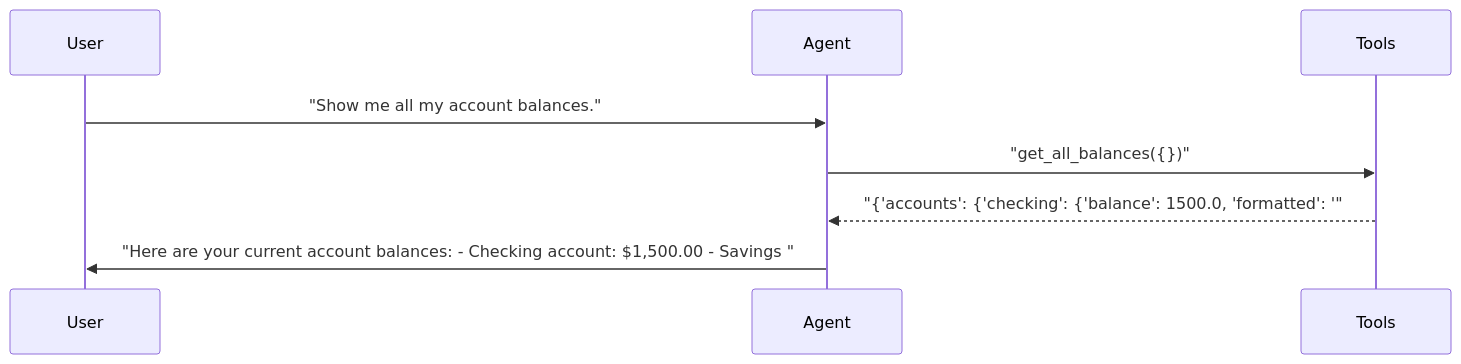
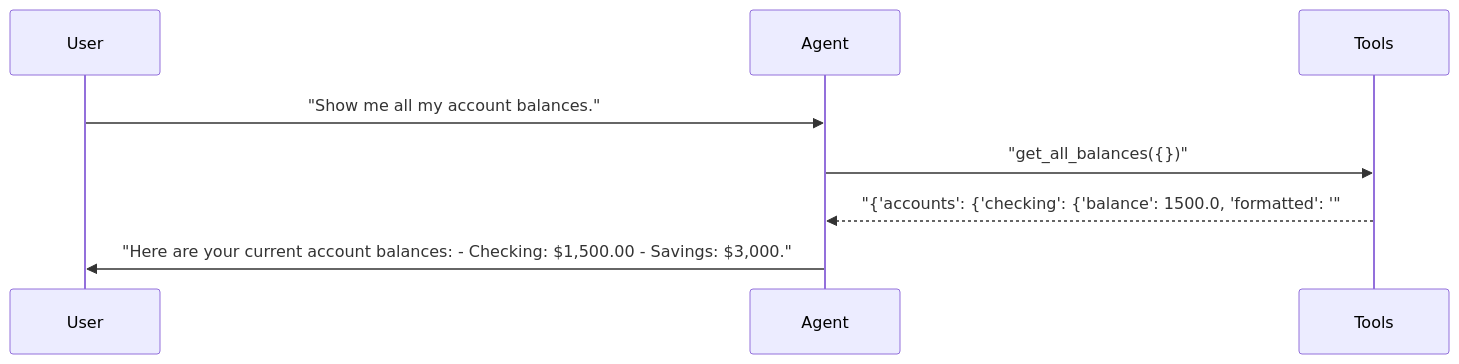
The fourth of 25 diagrams in docs/demo/hero-report.md (sbroenne/pytest-aitest), drawn with Mermaid before and after one commit. The commit also changed other lines of this file and 22 other files, not shown here.

````diff
--- a/docs/demo/hero-report.md
+++ b/docs/demo/hero-report.md
@@ -245,11 +321,11 @@
 ```mermaid
 sequenceDiagram
     participant User
     participant Agent
     participant Tools
 
     User->>Agent: "Show me all my account balances."
     Agent->>Tools: "get_all_balances({})"
     Tools-->>Agent: "{'accounts': {'checking': {'balance': 1500.0, 'formatted': '"
-    Agent->>User: "Here are your current account balances: - Checking account: $1,500.00 - Savings "
+    Agent->>User: "Here are your current account balances: - Checking: $1,500.00 - Savings: $3,000."
 ```
````
